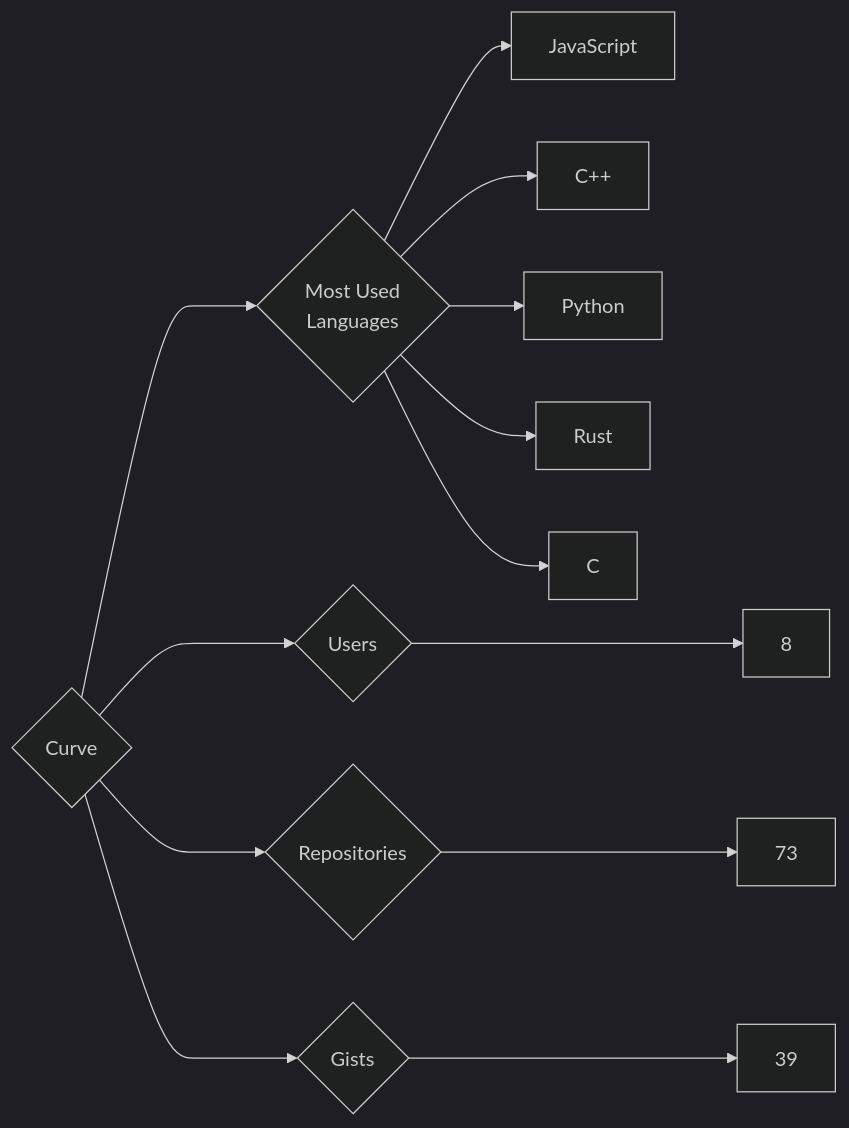
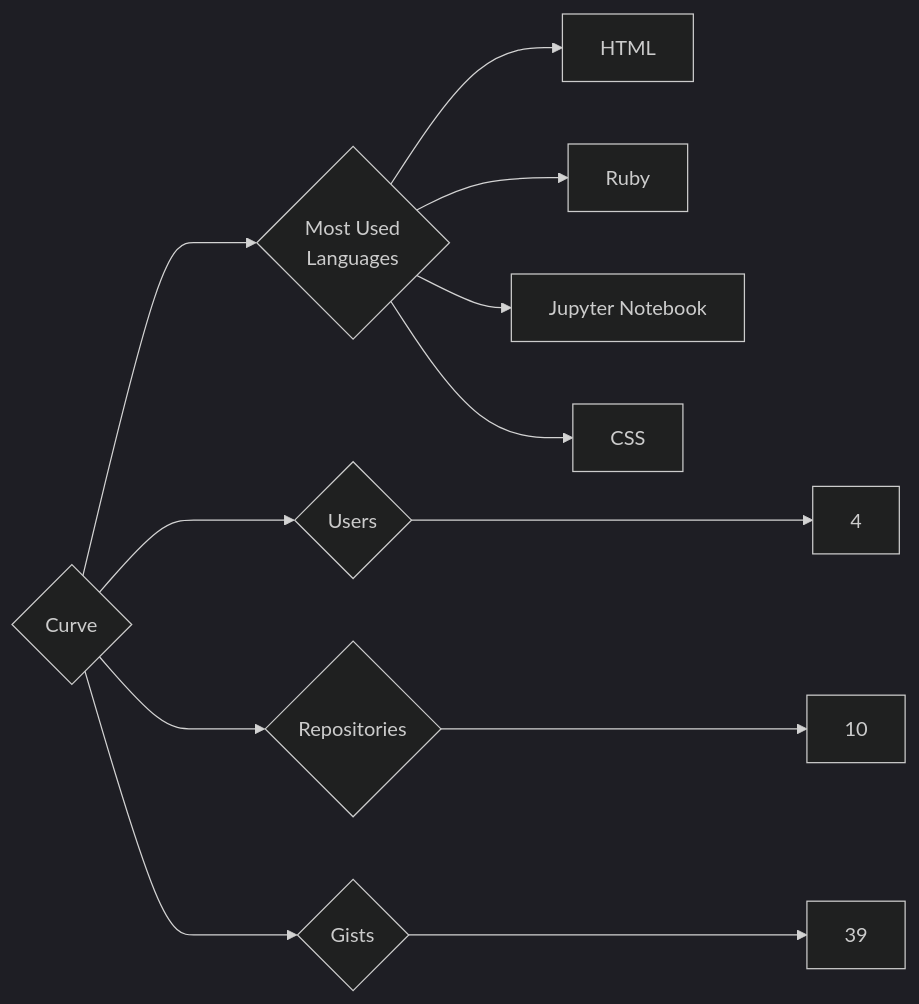
Before and after one commit to trickest/insiders: the diagram in targets/Curve/README.md, drawn with Mermaid (dark theme). The commit also changed 1195 other files, not shown here.

````diff
--- a/targets/Curve/README.md
+++ b/targets/Curve/README.md
@@ -3,13 +3,12 @@
 ```mermaid
 graph LR
 COMPANY_NAME{Curve}
-COMPANY_NAME ---> U{Users} ---> UN[8]
-COMPANY_NAME ---> R{Repositories} ---> RN[73]
+COMPANY_NAME ---> U{Users} ---> UN[4]
+COMPANY_NAME ---> R{Repositories} ---> RN[10]
 COMPANY_NAME ---> G{Gists} ---> GN[39]
 COMPANY_NAME ---> ML{Most Used<br>Languages}
-ML --> JavaScript[JavaScript]
-ML --> C++[C++]
-ML --> Python[Python]
-ML --> Rust[Rust]
-ML --> C[C]
+ML --> HTML[HTML]
+ML --> Ruby[Ruby]
+ML --> Jupyter_Notebook[Jupyter Notebook]
+ML --> CSS[CSS]
 ```
````
